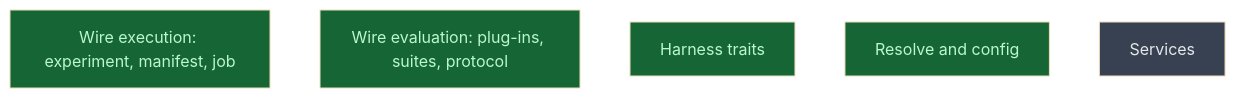
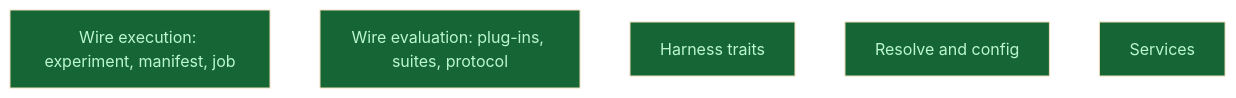
One commit to CrackingShells/Candler changed the diagram in __roadmap__/m1-contracts/interfaces/README.md. Above: the diagram before and after it, drawn with Mermaid (base theme). The commit also changed other lines of this file and 5 other files, not shown here.

````diff
--- a/__roadmap__/m1-contracts/interfaces/README.md
+++ b/__roadmap__/m1-contracts/interfaces/README.md
@@ -18,13 +18,13 @@
 ```mermaid
 graph TD
     wire_execution[Wire execution: experiment, manifest, job]:::done
     wire_evaluation[Wire evaluation: plug-ins, suites, protocol]:::done
     harness_traits[Harness traits]:::done
     resolve_config[Resolve and config]:::done
-    services[Services]:::planned
+    services[Services]:::done
     classDef done       fill:#166534,color:#bbf7d0
     classDef inprogress fill:#854d0e,color:#fef08a
     classDef planned    fill:#374151,color:#e5e7eb
     classDef amendment  fill:#1e3a5f,color:#bfdbfe
     classDef blocked    fill:#7f1d1d,color:#fecaca
 ```
````
